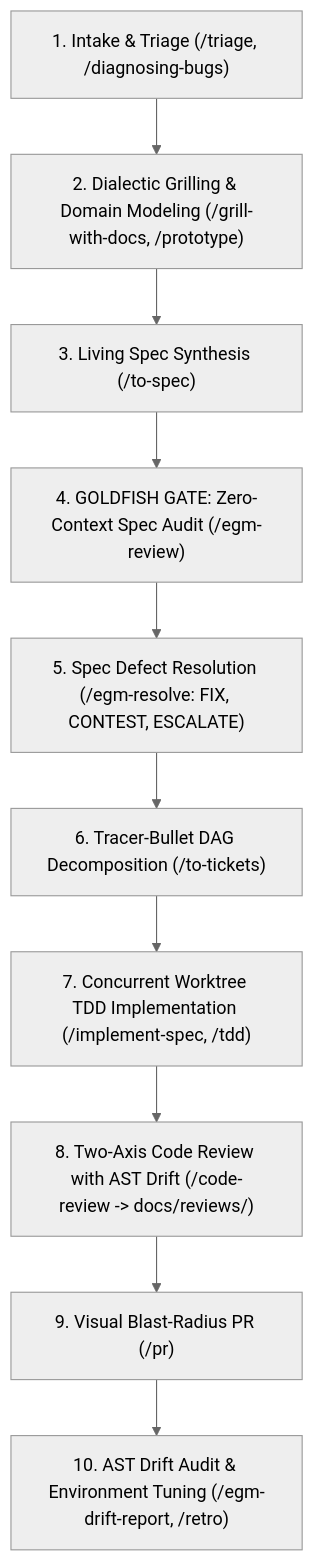
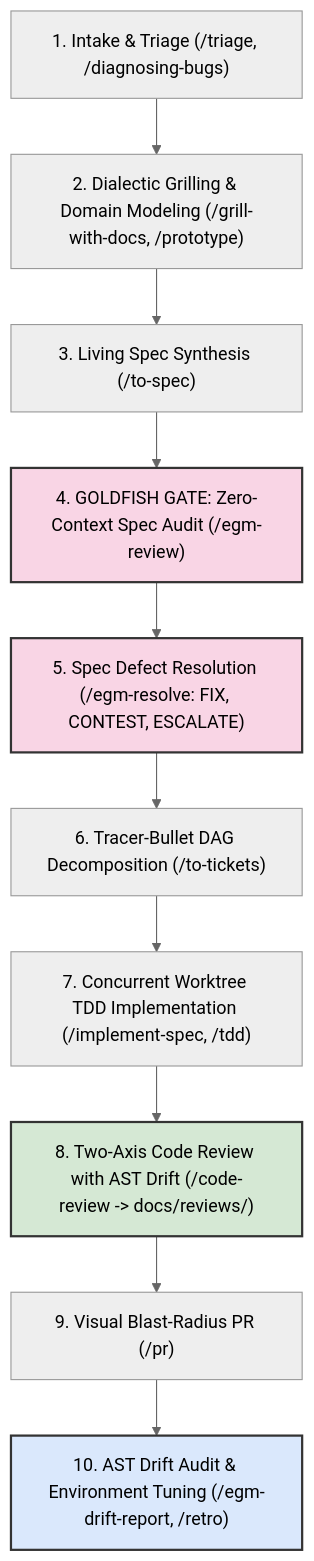
The diagram in README.md (Saifallah-star/AEGIS), drawn with Mermaid (neutral theme) before and after one commit. The commit also changed other lines of this file and 8 other files, not shown here.

````diff
--- a/README.md
+++ b/README.md
@@ -71,14 +76,17 @@
 ```mermaid
 flowchart TD
     A["1. Intake & Triage (/triage, /diagnosing-bugs)"] --> B["2. Dialectic Grilling & Domain Modeling (/grill-with-docs, /prototype)"]
     B --> C["3. Living Spec Synthesis (/to-spec)"]
     C --> D["4. GOLDFISH GATE: Zero-Context Spec Audit (/egm-review)"]
     D --> E["5. Spec Defect Resolution (/egm-resolve: FIX, CONTEST, ESCALATE)"]
     E --> F["6. Tracer-Bullet DAG Decomposition (/to-tickets)"]
     F --> G["7. Concurrent Worktree TDD Implementation (/implement-spec, /tdd)"]
     G --> H["8. Two-Axis Code Review with AST Drift (/code-review -> docs/reviews/)"]
     H --> I["9. Visual Blast-Radius PR (/pr)"]
     I --> J["10. AST Drift Audit & Environment Tuning (/egm-drift-report, /retro)"]
 
-
+    style D fill:#f9d5e5,stroke:#333,stroke-width:2px
+    style E fill:#f9d5e5,stroke:#333,stroke-width:2px
+    style H fill:#d5e8d4,stroke:#333,stroke-width:2px
+    style J fill:#dae8fc,stroke:#333,stroke-width:2px
 ```
````
